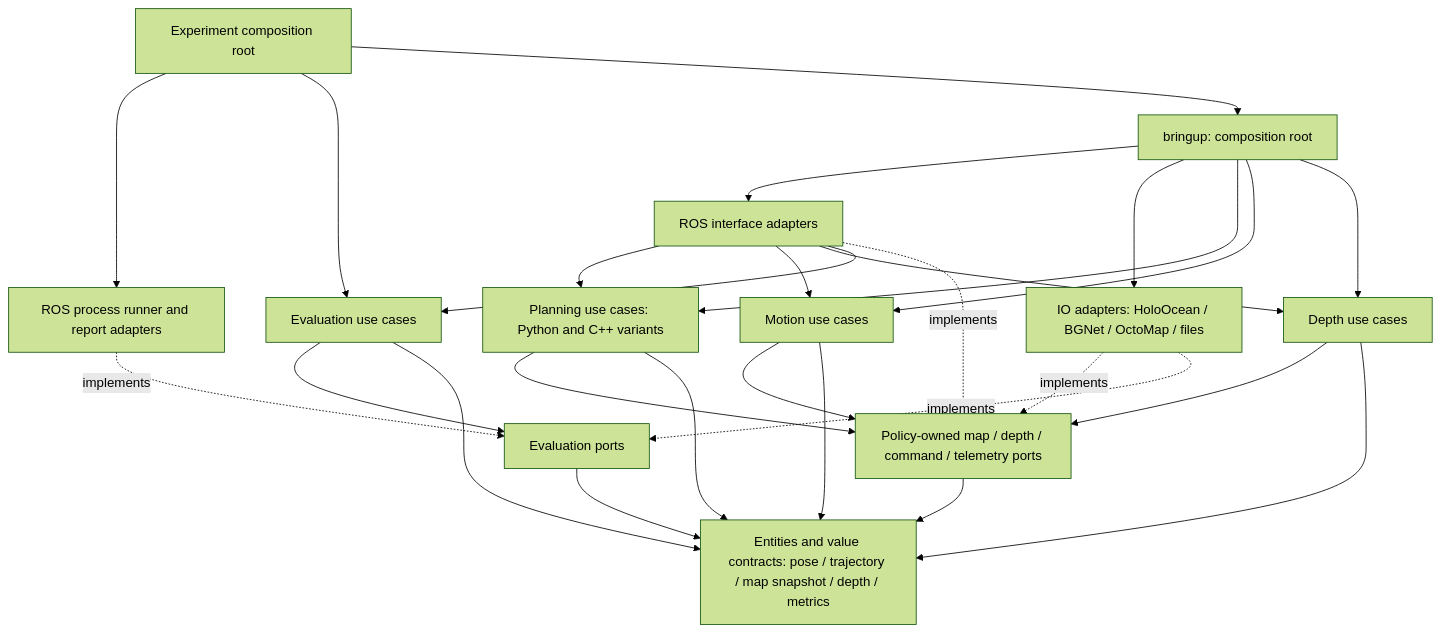
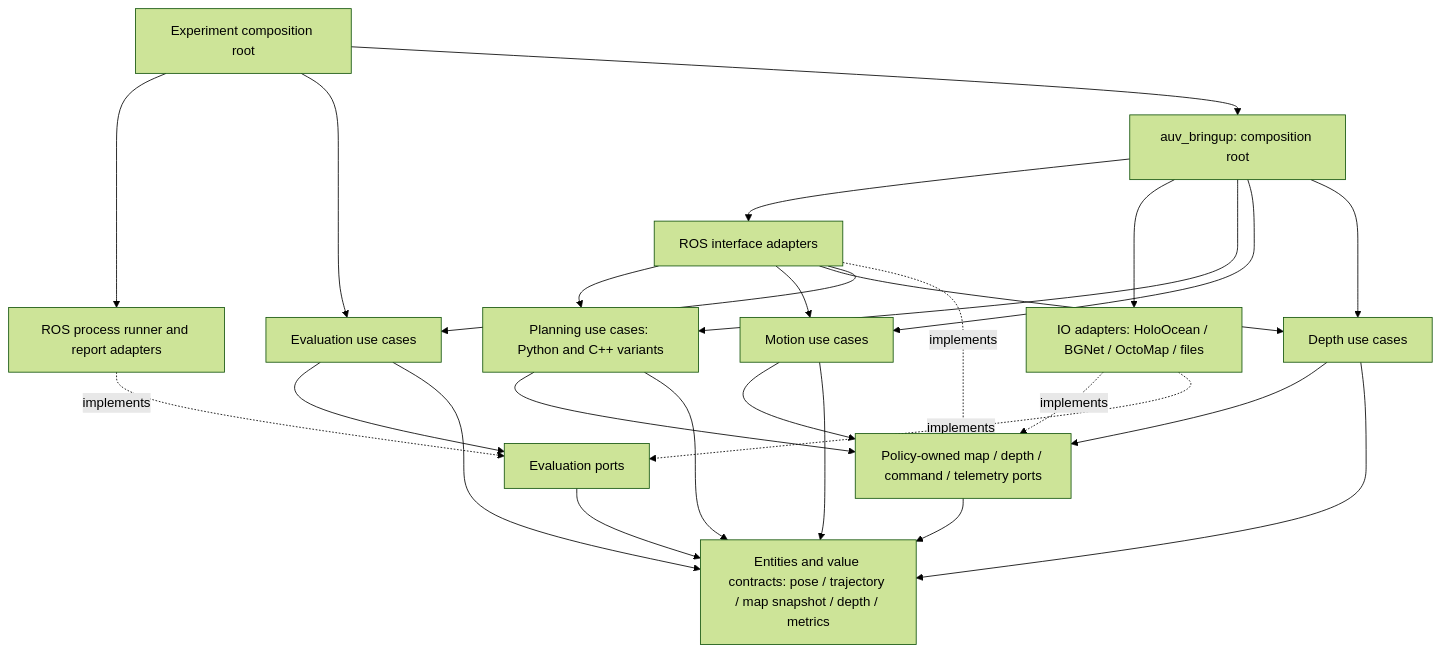
Before and after one commit to metinegearal/auv-nbv-inspection: the fourth of 4 diagrams in src/docs/architecture/phase_1_topology.md, drawn with Mermaid (forest theme). The commit also changed other lines of this file and 455 other files, not shown here.

````diff
--- a/src/docs/architecture/phase_1_topology.md
+++ b/src/docs/architecture/phase_1_topology.md
@@ -118,29 +118,29 @@
 ```mermaid
 graph TD
-    APP[bringup: composition root] --> ROS[ROS interface adapters]
+    APP[auv_bringup: composition root] --> ROS[ROS interface adapters]
     APP --> IO[IO adapters: HoloOcean / BGNet / OctoMap / files]
     APP --> PLAN[Planning use cases: Python and C++ variants]
     APP --> CONTROL[Motion use cases]
     APP --> DEPTH[Depth use cases]
     EXP[Experiment composition root] --> EXPAD[ROS process runner and report adapters]
     EXP --> EVAL[Evaluation use cases]
     EXP --> APP
     EXPAD -. implements .-> EPORT[Evaluation ports]
     ROS --> PLAN
     ROS --> CONTROL
     ROS --> DEPTH
     ROS --> EVAL
     ROS -. implements .-> PORT[Policy-owned map / depth / command / telemetry ports]
     IO -. implements .-> PORT
     IO -. implements .-> EPORT
     PLAN --> PORT
     CONTROL --> PORT
     DEPTH --> PORT
     EVAL --> EPORT
     PORT --> ENTITY[Entities and value contracts: pose / trajectory / map snapshot / depth / metrics]
     EPORT --> ENTITY
     PLAN --> ENTITY
     CONTROL --> ENTITY
     DEPTH --> ENTITY
     EVAL --> ENTITY
 ```
````
